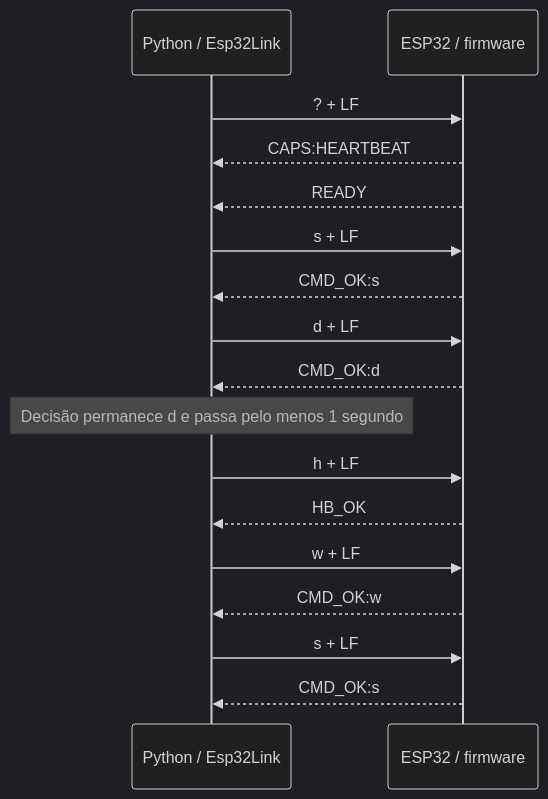
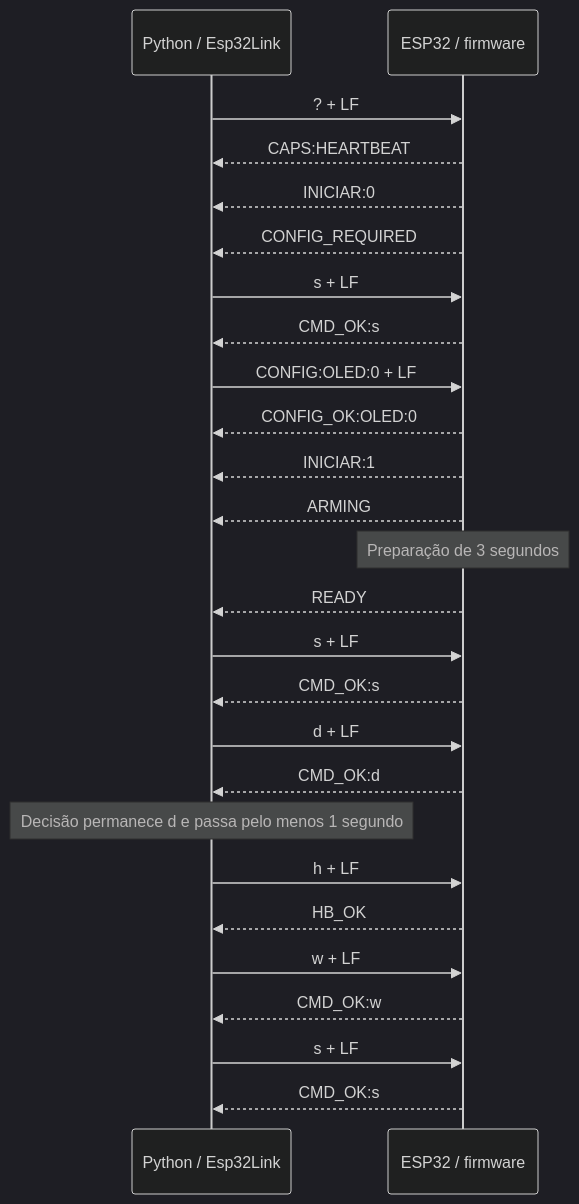
One commit to Vy0618/ecoflutuador changed the second of 2 diagrams in docs/estudo_do_codigo.md. Above: the diagram before and after it, drawn with Mermaid (dark theme). The commit also changed other lines of this file and 28 other files, not shown here.

````diff
--- a/docs/estudo_do_codigo.md
+++ b/docs/estudo_do_codigo.md
@@ -717,19 +782,28 @@
 ```mermaid
 sequenceDiagram
     participant P as Python / Esp32Link
     participant E as ESP32 / firmware
     P->>E: ? + LF
     E-->>P: CAPS:HEARTBEAT
+    E-->>P: INICIAR:0
+    E-->>P: CONFIG_REQUIRED
+    P->>E: s + LF
+    E-->>P: CMD_OK:s
+    P->>E: CONFIG:OLED:0 + LF
+    E-->>P: CONFIG_OK:OLED:0
+    E-->>P: INICIAR:1
+    E-->>P: ARMING
+    Note over E: Preparação de 3 segundos
     E-->>P: READY
     P->>E: s + LF
     E-->>P: CMD_OK:s
     P->>E: d + LF
     E-->>P: CMD_OK:d
     Note over P: Decisão permanece d e passa pelo menos 1 segundo
     P->>E: h + LF
     E-->>P: HB_OK
     P->>E: w + LF
     E-->>P: CMD_OK:w
     P->>E: s + LF
     E-->>P: CMD_OK:s
 ```
````
